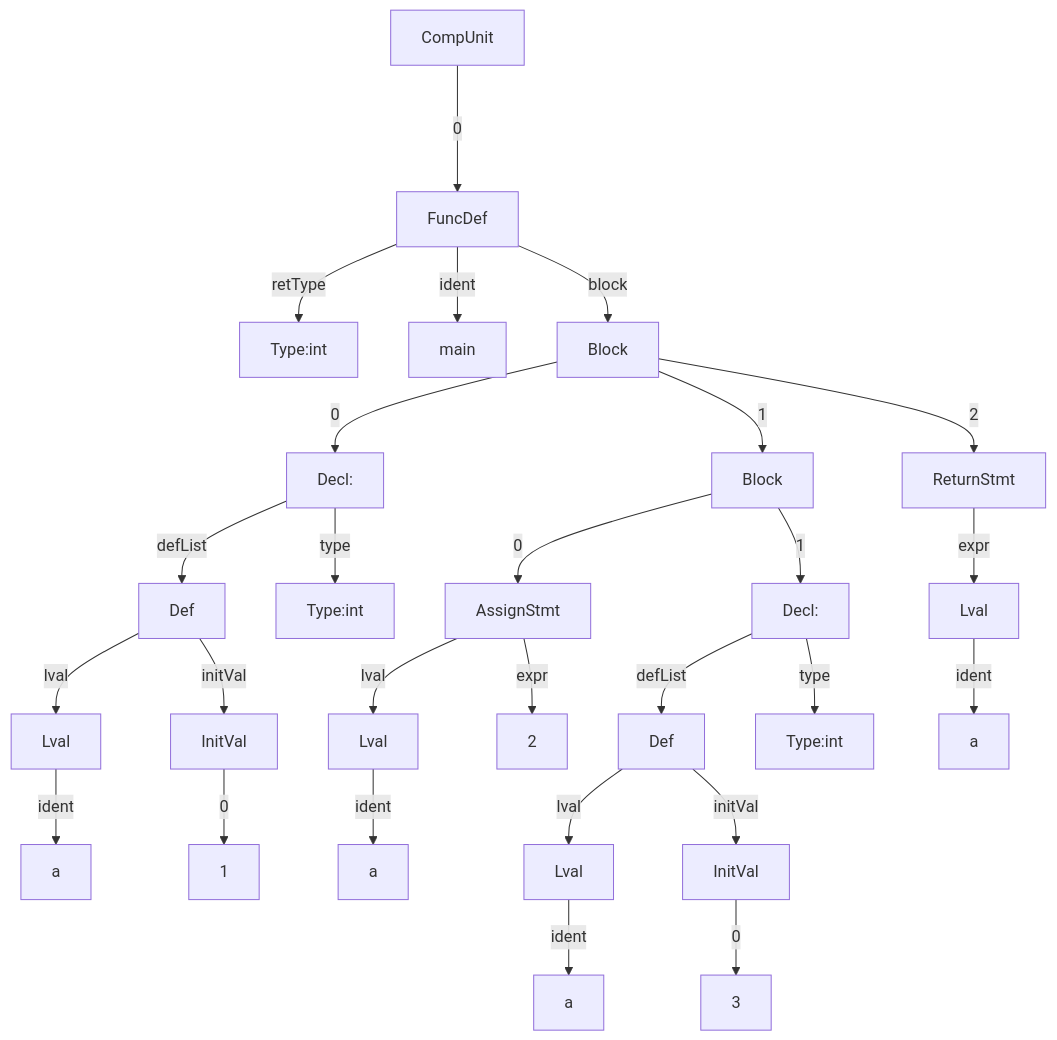
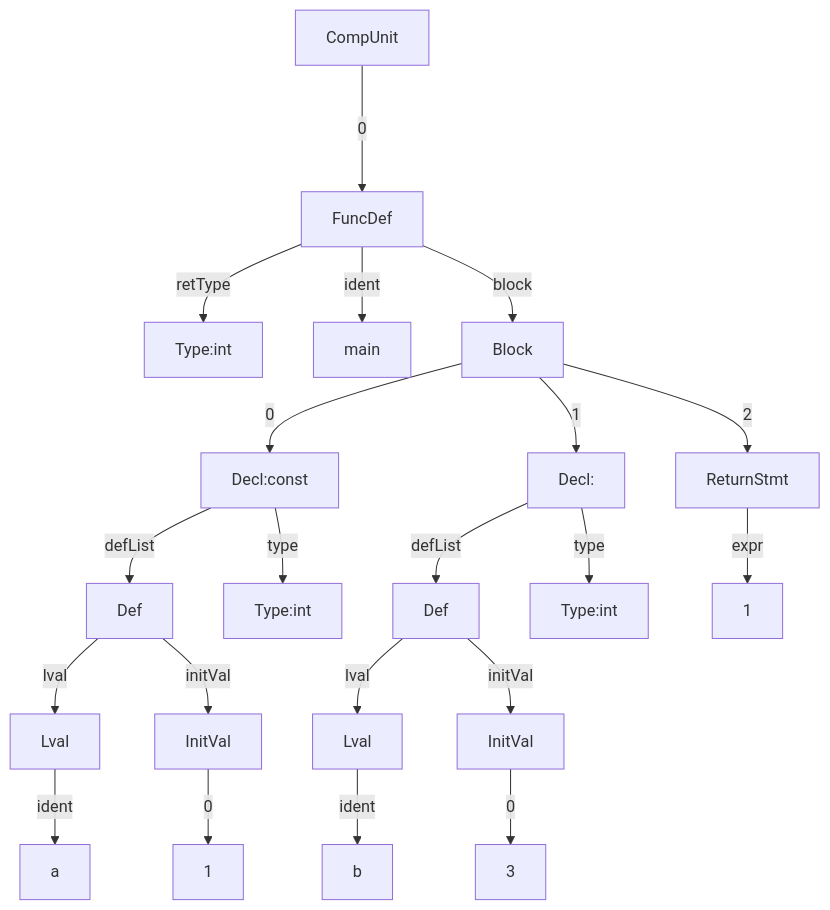
One commit to nyml2003/sysY changed the diagram in tests/normal-1/out.md. Above: the diagram before and after it, drawn with Mermaid. The commit also changed 19 other files, not shown here.

````diff
--- a/tests/normal-1/out.md
+++ b/tests/normal-1/out.md
@@ -1,55 +1,43 @@
 ```mermaid
 graph TD
-28[CompUnit]--0--->27
-27[FuncDef]
-27--retType-->0
+26[CompUnit]--0--->25
+25[FuncDef]
+25--retType-->0
 0[Type:int]
-27--ident-->1
+25--ident-->1
 1[main]
-27--block-->26
-26[Block]
-26--0-->8
-8[Decl:]
+25--block-->24
+24[Block]
+24--0-->8
+8[Decl:const ]
 8--type-->9
 9[Type:int]
 8--defList-->7
 7[Def]
 7--lval-->4
 4[Lval]
 4--ident-->3
 3[a]
 7--initVal-->6
 6[InitVal]
 6--0-->5
 5[1]
-26--1-->22
-22[Block]
-22--0-->13
-13[AssignStmt]
-13--lval-->11
-11[Lval]
-11--ident-->10
-10[a]
-13--expr-->12
-12[2]
-22--1-->20
-20[Decl:]
-20--type-->21
-21[Type:int]
-20--defList-->19
-19[Def]
-19--lval-->16
-16[Lval]
-16--ident-->15
-15[a]
-19--initVal-->18
-18[InitVal]
-18--0-->17
-17[3]
-26--2-->25
-25[ReturnStmt]
-25--expr-->24
-24[Lval]
-24--ident-->23
-23[a]
+24--1-->19
+19[Decl:]
+19--type-->20
+20[Type:int]
+19--defList-->18
+18[Def]
+18--lval-->12
+12[Lval]
+12--ident-->11
+11[b]
+18--initVal-->17
+17[InitVal]
+17--0-->29
+29[3]
+24--2-->23
+23[ReturnStmt]
+23--expr-->31
+31[1]
 ```
````
